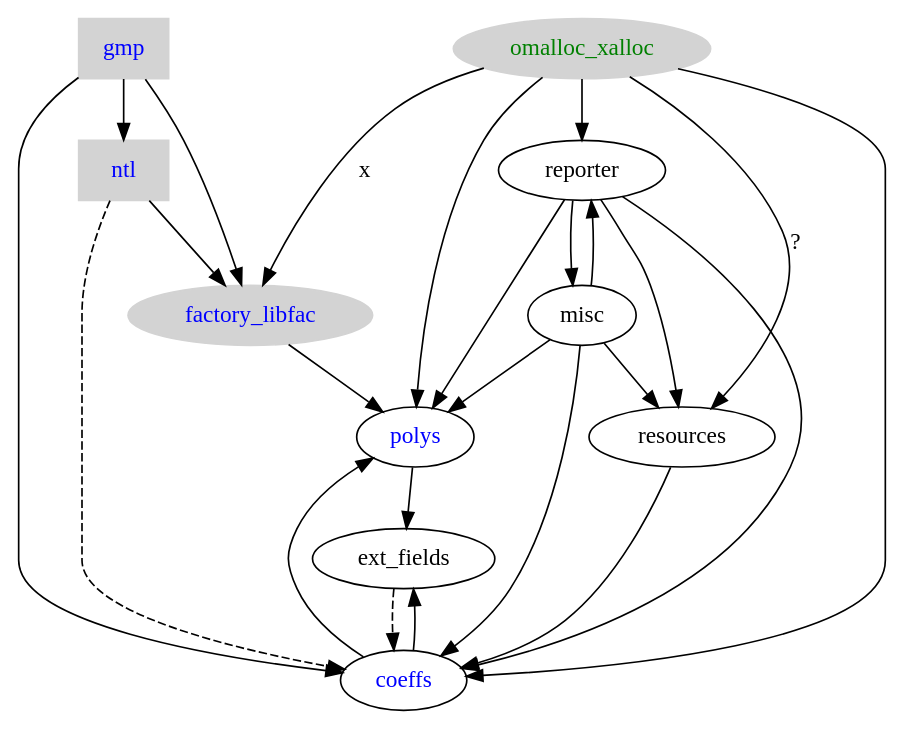
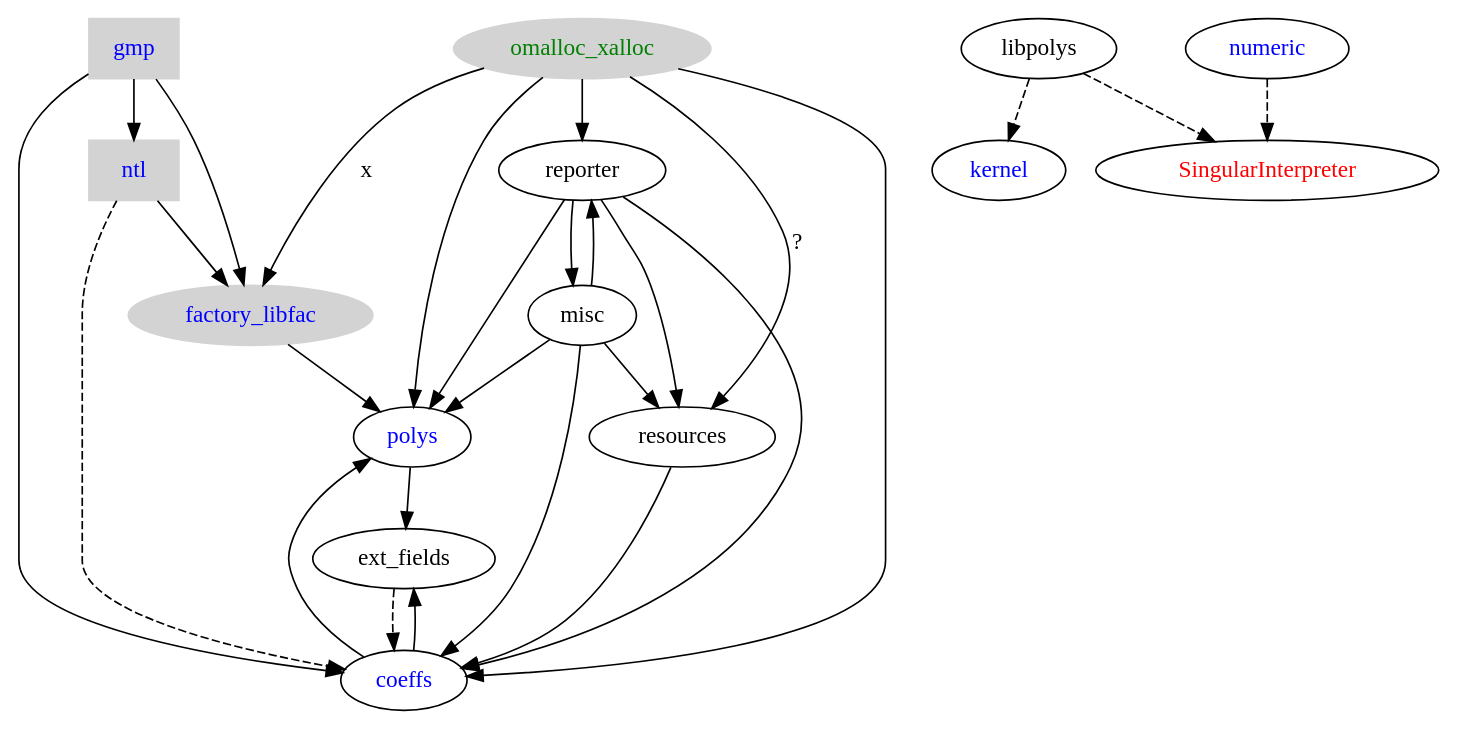
The diagram in singular.dot (Singular/Singular), drawn with Graphviz before and after one commit.

Commit message:
CHG: updating the Singular units diagram: numeric, kernel, SingularInterpreter

```diff
--- a/singular.dot
+++ b/singular.dot
@@ -1,39 +1,46 @@
 digraph singular {
 	gmp [ color=lightgrey, fontcolor=blue, style=filled, shape=box ];
 	gmp -> ntl;
 	gmp -> factory_libfac;
 	gmp -> coeffs;
 	ntl [ color=lightgrey, fontcolor=blue, style=filled, shape=box ];
 	ntl -> factory_libfac;
 	omalloc_xalloc [ color=lightgrey, fontcolor=green, style=filled ];
 	omalloc_xalloc -> factory_libfac [label="x"];
 	omalloc_xalloc -> reporter;
 	omalloc_xalloc -> resources [label="?"];
 	omalloc_xalloc -> coeffs;
 	omalloc_xalloc -> polys;
 	factory_libfac [ color=lightgrey, fontcolor=blue, style=filled ];
 	factory_libfac -> polys;
 	misc -> reporter;
 	misc -> resources;
 	misc -> coeffs;
 	misc -> polys;
 	reporter -> resources;
 	reporter -> coeffs;
 	reporter -> polys;
 	reporter -> misc;	
 	resources -> coeffs;
 	polys -> ext_fields;
 	coeffs -> ext_fields;	
         coeffs [ fontcolor=blue ];
 	coeffs -> polys;
 	edge [style=dashed];
 	ntl -> coeffs;
 	polys [ fontcolor=blue ];
 	ext_fields -> coeffs;
+        kernel [ fontcolor=blue ];
+
+        libpolys -> kernel;
+        numeric [ fontcolor=blue ];
+        SingularInterpreter [ fontcolor=red ];
+        numeric -> SingularInterpreter;
+        libpolys -> SingularInterpreter;
 }
 
 // dot -Tpng -o singular.png singular.dot
 
 // boxed = third party
 // filled = external
 // blue = math
```
